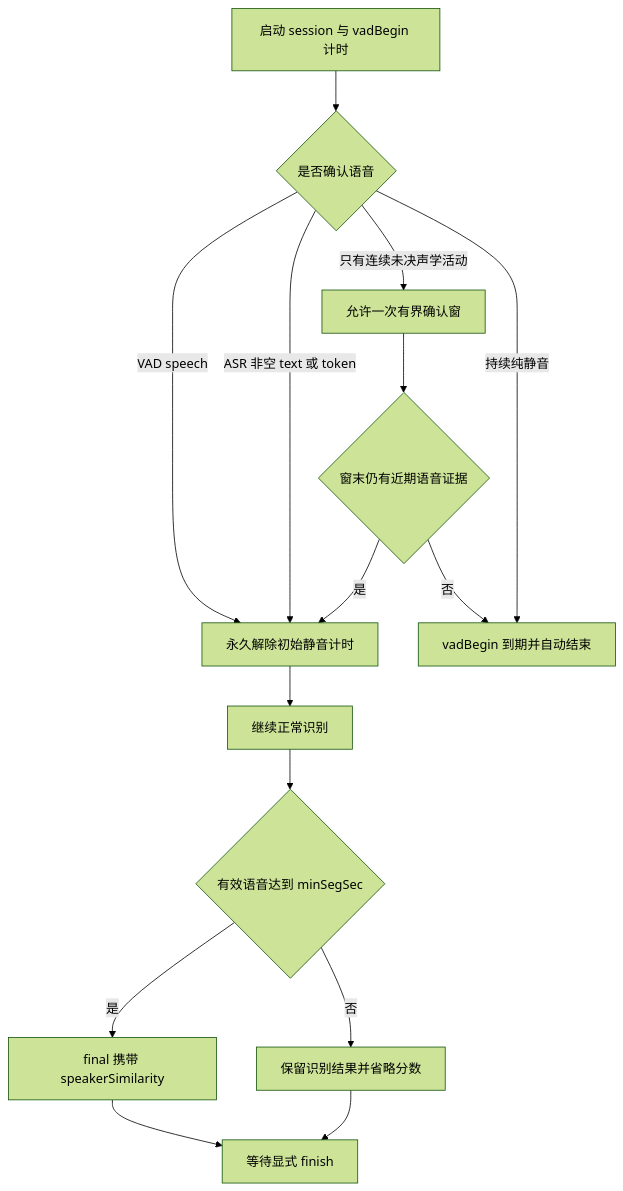
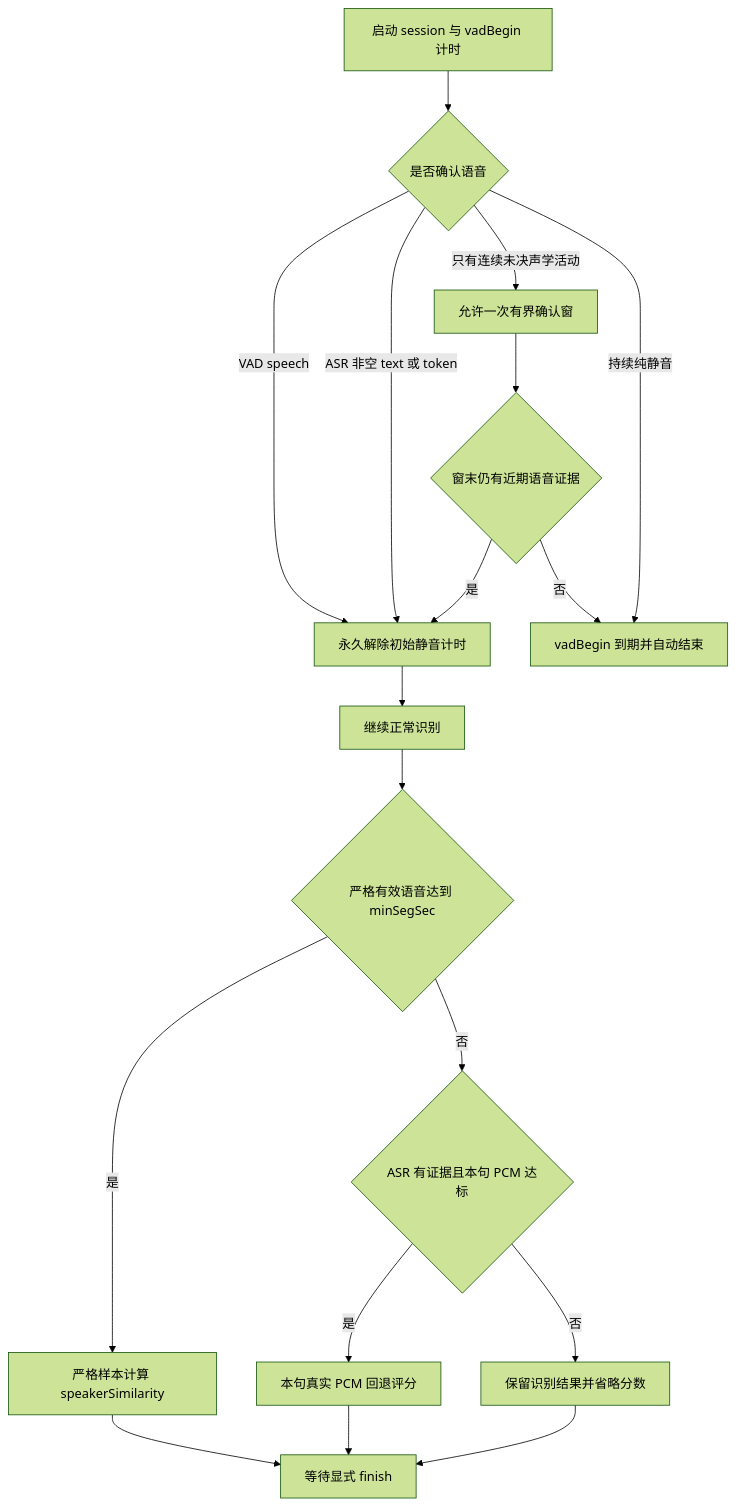
One commit to amphionspace/AmphionRuntime changed the third of 3 diagrams in delivery/harmony-dingqiao/docs/ASR_LIFECYCLE_ASSURANCE.md. Above: the diagram before and after it, drawn with Mermaid (forest theme). The commit also changed other lines of this file and 13 other files, not shown here.

````diff
--- a/delivery/harmony-dingqiao/docs/ASR_LIFECYCLE_ASSURANCE.md
+++ b/delivery/harmony-dingqiao/docs/ASR_LIFECYCLE_ASSURANCE.md
@@ -90,17 +90,20 @@
 ```mermaid
 flowchart TD
     A[启动 session 与 vadBegin 计时] --> B{是否确认语音}
     B -->|VAD speech| C[永久解除初始静音计时]
     B -->|ASR 非空 text 或 token| C
     B -->|只有连续未决声学活动| D[允许一次有界确认窗]
     B -->|持续纯静音| E[vadBegin 到期并自动结束]
     D --> F{窗末仍有近期语音证据}
     F -->|是| C
     F -->|否| E
     C --> G[继续正常识别]
-    G --> H{有效语音达到 minSegSec}
-    H -->|是| I[final 携带 speakerSimilarity]
-    H -->|否| J[保留识别结果并省略分数]
+    G --> H{严格有效语音达到 minSegSec}
+    H -->|是| I[严格样本计算 speakerSimilarity]
+    H -->|否| J{ASR 有证据且本句 PCM 达标}
+    J -->|是| L[本句真实 PCM 回退评分]
+    J -->|否| M[保留识别结果并省略分数]
     I --> K[等待显式 finish]
-    J --> K
+    L --> K
+    M --> K
 ```
````
